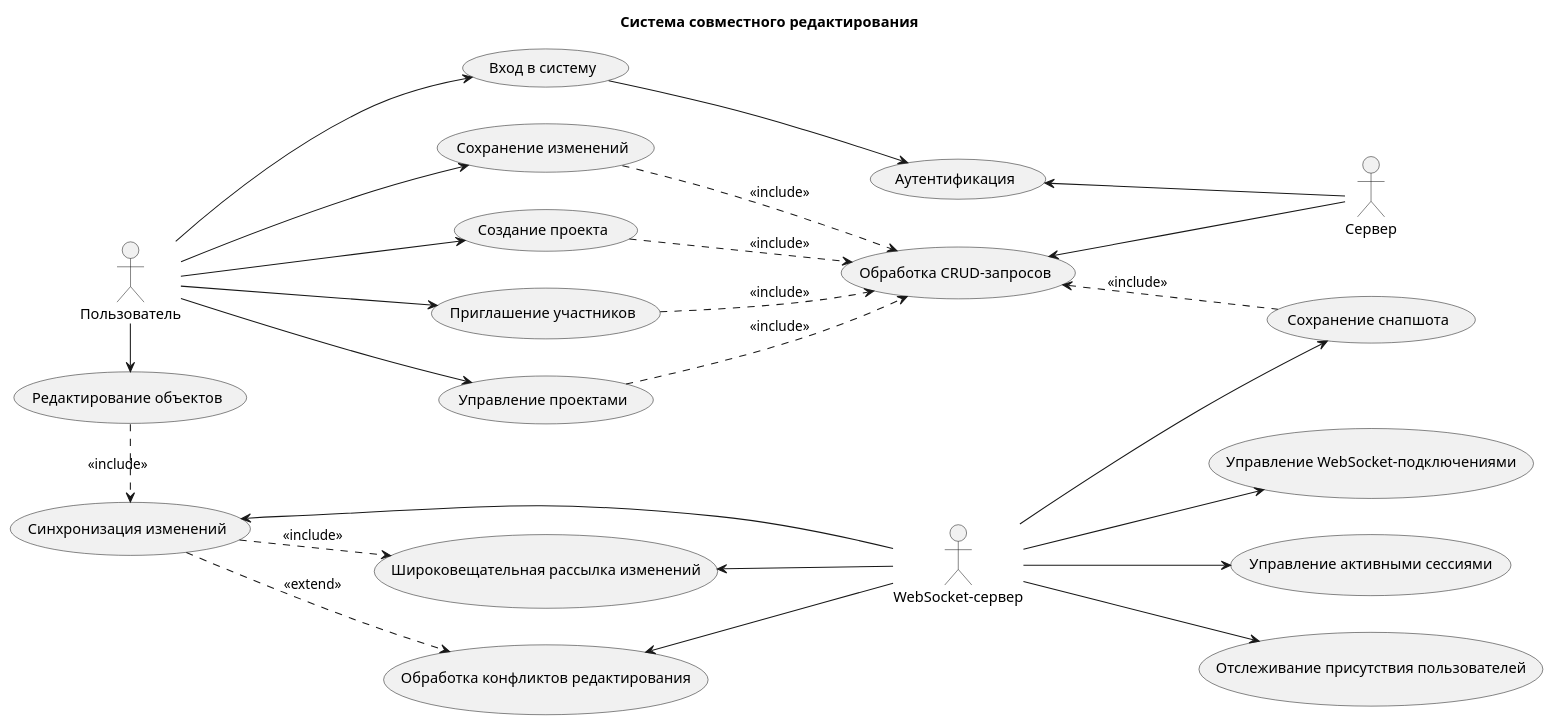
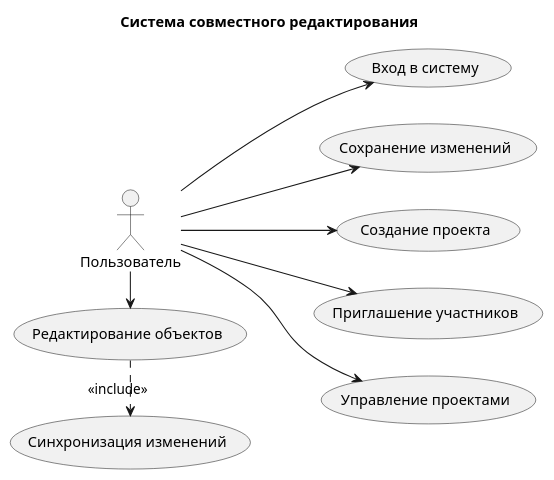
Before and after one commit to DeadlyM0uth/software-engeneering-ITMO: the diagram in usecase.puml, drawn with PlantUML. The commit also changed 2 other files, not shown here.

```diff
--- a/usecase.puml
+++ b/usecase.puml
@@ -1,71 +1,29 @@
 @startuml
 
 title Система совместного редактирования
 left to right direction
 
 actor "Пользователь" as User
-actor "Сервер" as Server
-actor "WebSocket-сервер" as WS
 
 usecase "Вход в систему" as UC1
 usecase "Сохранение изменений" as UC2
 usecase "Создание проекта" as UC3
 usecase "Приглашение участников" as UC4
 usecase "Управление проектами" as UC5
 usecase "Редактирование объектов" as UC6
 
-
-usecase "Аутентификация" as UC7
-usecase "Обработка CRUD-запросов" as UC8
-
 usecase "Синхронизация изменений" as UC10
-usecase "Сохранение снапшота" as UC11
-
-' WebSocket-специфичные use cases
-usecase "Управление WebSocket-подключениями" as UC12
-usecase "Широковещательная рассылка изменений" as UC13
-usecase "Обработка конфликтов редактирования" as UC14
-usecase "Управление активными сессиями" as UC15
-usecase "Отслеживание присутствия пользователей" as UC16
 
 User --> UC1
 User --> UC2
 User --> UC3
 User --> UC4
 User --> UC5
 User -> UC6
 
- 
-UC2 ..> UC8 : <<include>>
-UC3 ..> UC8 : <<include>>
-UC4 ..> UC8 : <<include>>
-UC5 ..> UC8 : <<include>>
 
 
 UC6 .> UC10 : <<include>>
 
-' WebSocket-сервер управляет подключениями и сессиями
-WS --> UC12
-WS --> UC15
-WS --> UC16
-
-' Синхронизация использует широковещательную рассылку
-UC10 <-- WS
-UC10 ..> UC13 : <<include>>
-UC13 <-- WS
-
-' Обработка конфликтов при одновременном редактировании
-UC10 ..> UC14 : <<extend>>
-UC14 <-- WS
-
-' Сохранение снапшота
-WS --> UC11
-
-UC8 <. UC11 : <<include>>
-
-UC1 --> UC7
-
-UC7 <-- Server
-UC8 <-- Server
 
 @enduml
```
